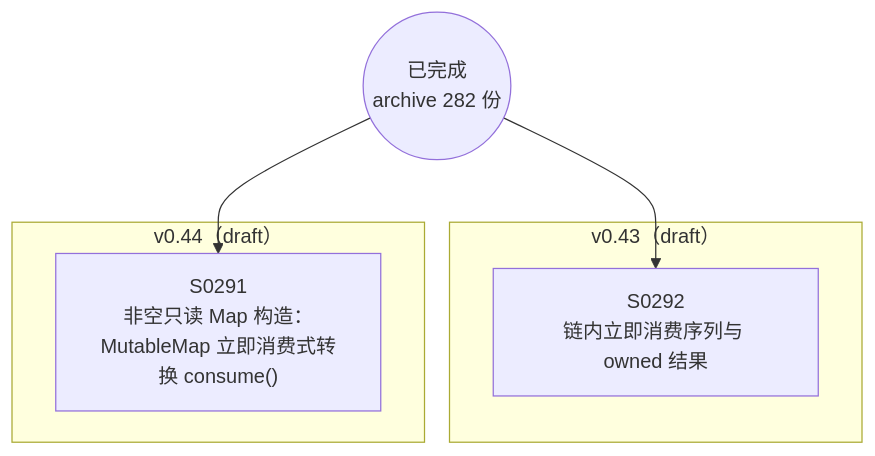
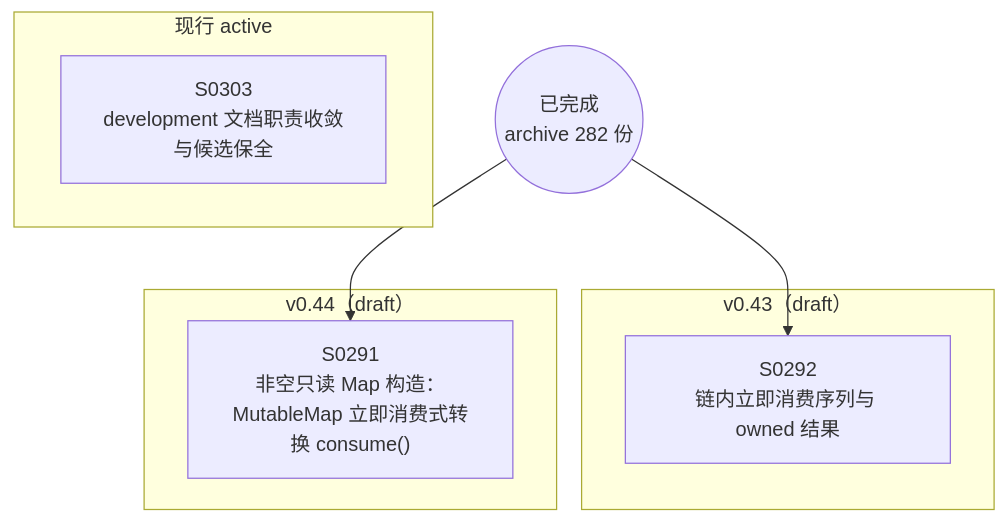
The diagram in docs/specs/dependency-graph.md (Halckon/Koven), drawn with Mermaid before and after one commit. The commit also changed other lines of this file and 7 other files, not shown here.

````diff
--- a/docs/specs/dependency-graph.md
+++ b/docs/specs/dependency-graph.md
@@ -9,12 +9,15 @@
 ```mermaid
 flowchart TD
 ARCH(("已完成<br/>archive 282 份"))
+subgraph Gactive["现行 active"]
+  S0303["S0303<br/>development 文档职责收敛与候选保全"]
+end
 subgraph Gdrafts_v043["v0.43（draft）"]
   S0292["S0292<br/>链内立即消费序列与 owned 结果"]
 end
 subgraph Gdrafts_v044["v0.44（draft）"]
   S0291["S0291<br/>非空只读 Map 构造：MutableMap 立即消费式转换 consume()"]
 end
 ARCH --> S0291
 ARCH --> S0292
 ```
````
